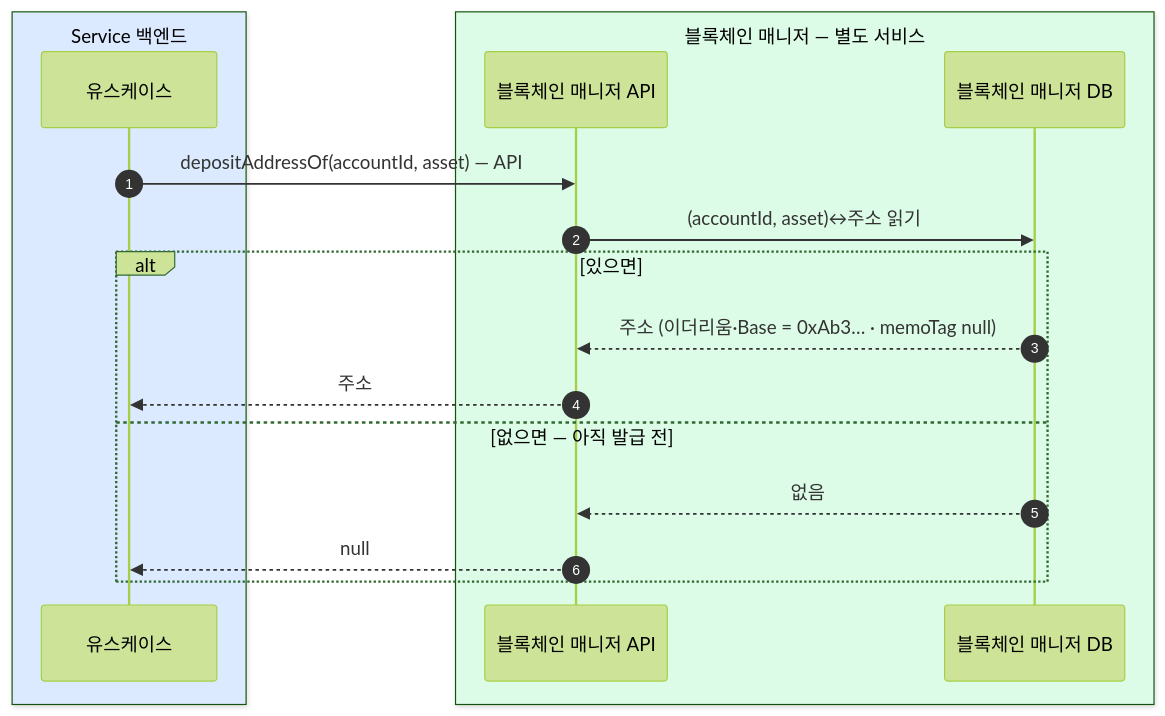
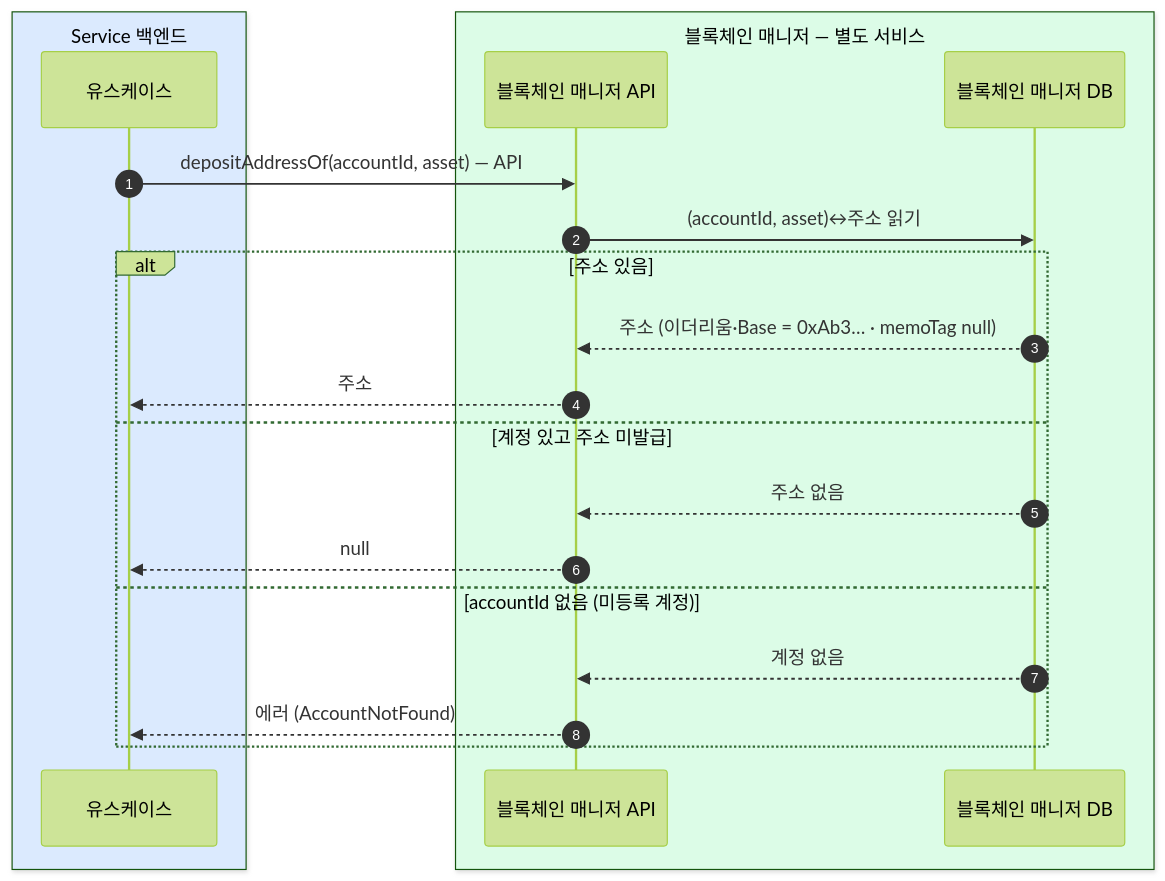
Before and after one commit to eunsujeo/eunpus: the diagram in blockchain-manager/docs/블록체인매니저/설계/03-address-of.md, drawn with Mermaid (forest theme). The commit also changed other lines of this file, not shown here.

Commit message:
3장: accountId 없음=에러 vs 주소 미발급=null 구분 (코드 주석·다이어그램 3갈래·절 명시)

````diff
--- a/blockchain-manager/docs/블록체인매니저/설계/03-address-of.md
+++ b/blockchain-manager/docs/블록체인매니저/설계/03-address-of.md
@@ -17,21 +18,24 @@
 ```mermaid
 sequenceDiagram
     autonumber
     box rgb(219,234,254) Service 백엔드
     participant BE as 유스케이스
     end
     box rgb(220,252,231) 블록체인 매니저 — 별도 서비스
     participant BM as 블록체인 매니저 API
     participant MDB as 블록체인 매니저 DB
     end
 
     BE->>BM: depositAddressOf(accountId, asset) — API
     BM->>MDB: (accountId, asset)↔주소 읽기
-    alt 있으면
+    alt 주소 있음
         MDB-->>BM: 주소 (이더리움·Base = 0xAb3… · memoTag null)
         BM-->>BE: 주소
-    else 없으면 — 아직 발급 전
-        MDB-->>BM: 없음
+    else 계정 있고 주소 미발급
+        MDB-->>BM: 주소 없음
         BM-->>BE: null
+    else accountId 없음 (미등록 계정)
+        MDB-->>BM: 계정 없음
+        BM-->>BE: 에러 (AccountNotFound)
     end
 ```
````
